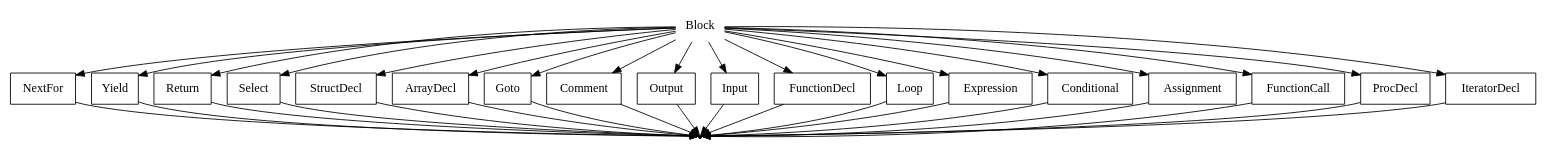
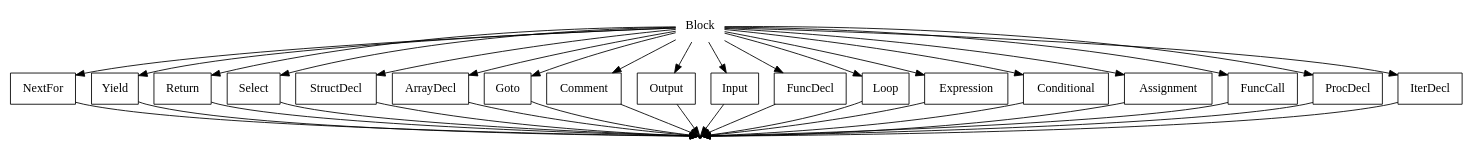
Before and after one commit to EgorGoluzin/DSL: the diagram in DSLTools/examples/PSECO_NEW/wirth/Block.gv, drawn with Graphviz. The commit also changed 2 other files, not shown here.

```diff
--- a/DSLTools/examples/PSECO_NEW/wirth/Block.gv
+++ b/DSLTools/examples/PSECO_NEW/wirth/Block.gv
@@ -1,58 +1,58 @@
 digraph Block {
   start [label="Block" shape=plaintext];
   A [label="NextFor" shape=box];
   B [label="Yield" shape=box];
   C [label="Return" shape=box];
   D [label="Select" shape=box];
   E [label="StructDecl" shape=box];
   F [label="ArrayDecl" shape=box];
   G [label="Goto" shape=box];
   H [label="Comment" shape=box];
   I [label="Output" shape=box];
   J [label="Input" shape=box];
-  K [label="FunctionDecl" shape=box];
+  K [label="FuncDecl" shape=box];
   L [label="Loop" shape=box];
   M [label="Expression" shape=box];
   N [label="Conditional" shape=box];
   O [label="Assignment" shape=box];
-  P [label="FunctionCall" shape=box];
+  P [label="FuncCall" shape=box];
   Q [label="ProcDecl" shape=box];
-  R [label="IteratorDecl" shape=box];
+  R [label="IterDecl" shape=box];
   end [label="" shape=point];
   start -> R;
   start -> Q;
   start -> P;
   start -> O;
   start -> N;
   start -> M;
   start -> L;
   start -> K;
   start -> J;
   start -> I;
   start -> H;
   start -> G;
   start -> F;
   start -> E;
   start -> D;
   start -> C;
   start -> B;
   start -> A;
   A -> end;
   B -> end;
   C -> end;
   D -> end;
   E -> end;
   F -> end;
   G -> end;
   H -> end;
   I -> end;
   J -> end;
   K -> end;
   L -> end;
   M -> end;
   N -> end;
   O -> end;
   P -> end;
   Q -> end;
   R -> end;
 }
```
